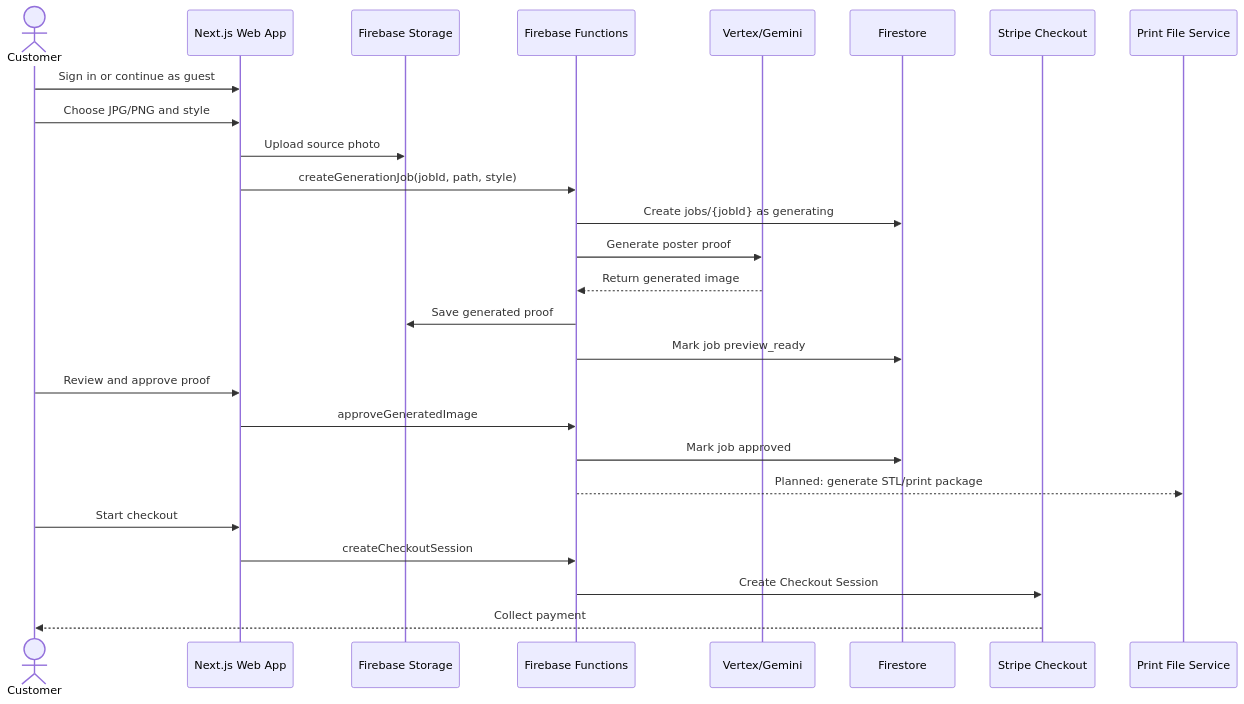
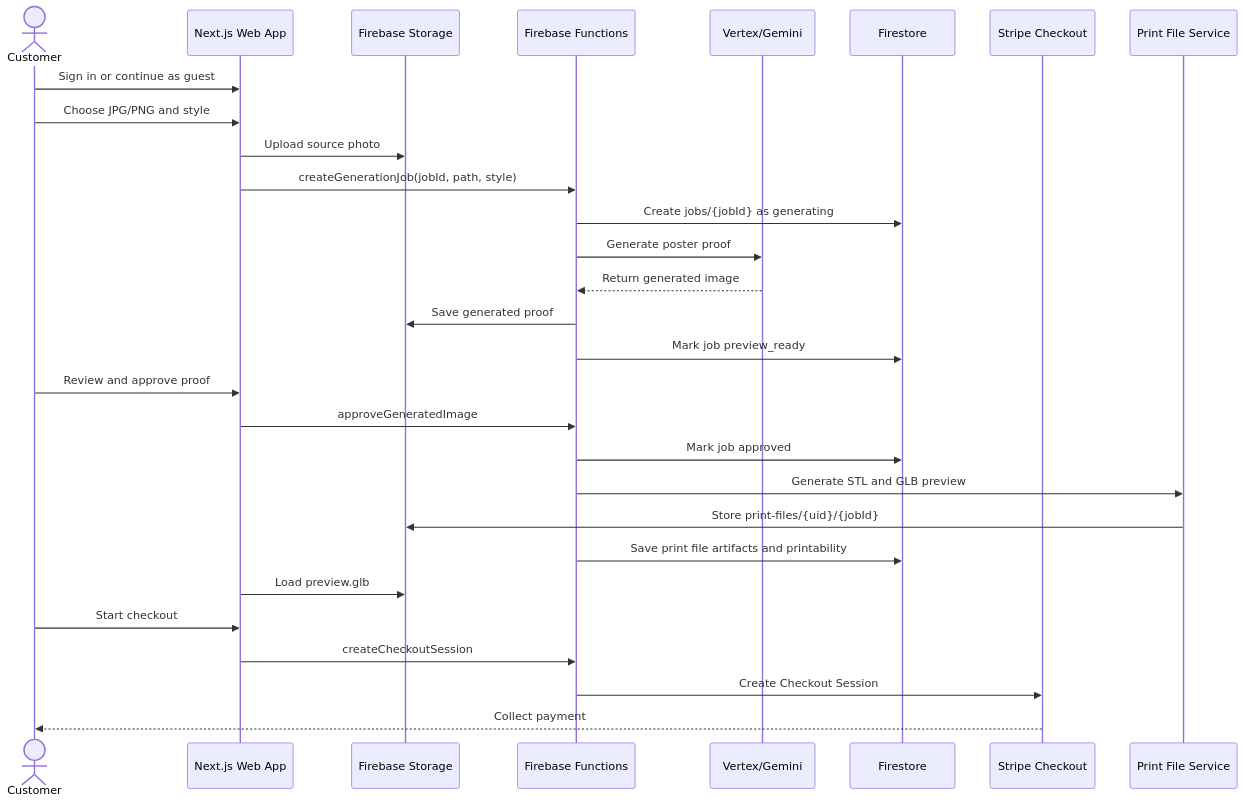
One commit to KielRN/3dprintposters changed the second of 3 diagrams in README.md. Above: the diagram before and after it, drawn with Mermaid. The commit also changed other lines of this file and 13 other files, not shown here.

Commit message:
wired print-file-generator with glb preview

````diff
--- a/README.md
+++ b/README.md
@@ -69,29 +70,32 @@
 ```mermaid
 sequenceDiagram
   actor Customer
   participant Web as Next.js Web App
   participant Storage as Firebase Storage
   participant Fn as Firebase Functions
   participant AI as Vertex/Gemini
   participant DB as Firestore
   participant Stripe as Stripe Checkout
   participant Print as Print File Service
 
   Customer->>Web: Sign in or continue as guest
   Customer->>Web: Choose JPG/PNG and style
   Web->>Storage: Upload source photo
   Web->>Fn: createGenerationJob(jobId, path, style)
   Fn->>DB: Create jobs/{jobId} as generating
   Fn->>AI: Generate poster proof
   AI-->>Fn: Return generated image
   Fn->>Storage: Save generated proof
   Fn->>DB: Mark job preview_ready
   Customer->>Web: Review and approve proof
   Web->>Fn: approveGeneratedImage
   Fn->>DB: Mark job approved
-  Fn-->>Print: Planned: generate STL/print package
+  Fn->>Print: Generate STL and GLB preview
+  Print->>Storage: Store print-files/{uid}/{jobId}
+  Fn->>DB: Save print file artifacts and printability
+  Web->>Storage: Load preview.glb
   Customer->>Web: Start checkout
   Web->>Fn: createCheckoutSession
   Fn->>Stripe: Create Checkout Session
   Stripe-->>Customer: Collect payment
 ```
````
